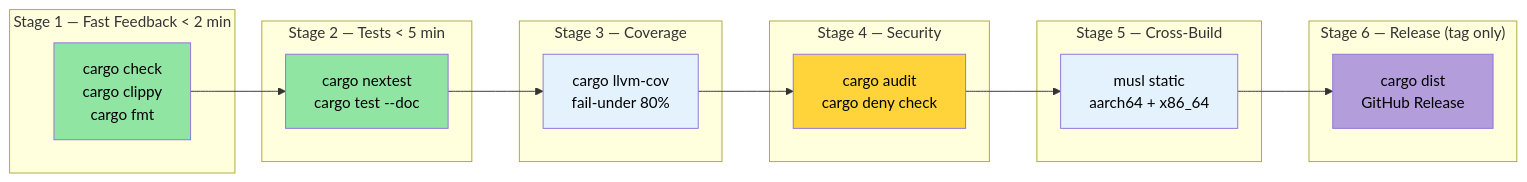
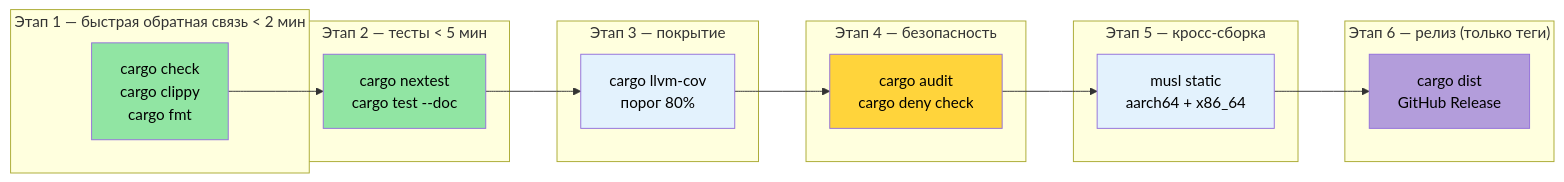
Before and after one commit to r007/RustTraining-Rus: the diagram in engineering-book/src/ch11-putting-it-all-together-a-production-cic.md, drawn with Mermaid. The commit also changed other lines of this file and 7 other files, not shown here.

````diff
--- a/engineering-book/src/ch11-putting-it-all-together-a-production-cic.md
+++ b/engineering-book/src/ch11-putting-it-all-together-a-production-cic.md
@@ -545,35 +541,35 @@
 ```mermaid
 flowchart LR
-    subgraph "Stage 1 — Fast Feedback < 2 min"
+    subgraph "Этап 1 — быстрая обратная связь < 2 мин"
         CHECK["cargo check<br/>cargo clippy<br/>cargo fmt"]
     end
 
-    subgraph "Stage 2 — Tests < 5 min"
+    subgraph "Этап 2 — тесты < 5 мин"
         TEST["cargo nextest<br/>cargo test --doc"]
     end
 
-    subgraph "Stage 3 — Coverage"
-        COV["cargo llvm-cov<br/>fail-under 80%"]
+    subgraph "Этап 3 — покрытие"
+        COV["cargo llvm-cov<br/>порог 80%"]
     end
 
-    subgraph "Stage 4 — Security"
+    subgraph "Этап 4 — безопасность"
         SEC["cargo audit<br/>cargo deny check"]
     end
 
-    subgraph "Stage 5 — Cross-Build"
+    subgraph "Этап 5 — кросс-сборка"
         CROSS["musl static<br/>aarch64 + x86_64"]
     end
 
-    subgraph "Stage 6 — Release (tag only)"
+    subgraph "Этап 6 — релиз (только теги)"
         REL["cargo dist<br/>GitHub Release"]
     end
 
     CHECK --> TEST --> COV --> SEC --> CROSS --> REL
 
     style CHECK fill:#91e5a3,color:#000
     style TEST fill:#91e5a3,color:#000
     style COV fill:#e3f2fd,color:#000
     style SEC fill:#ffd43b,color:#000
     style CROSS fill:#e3f2fd,color:#000
     style REL fill:#b39ddb,color:#000
 ```
````
